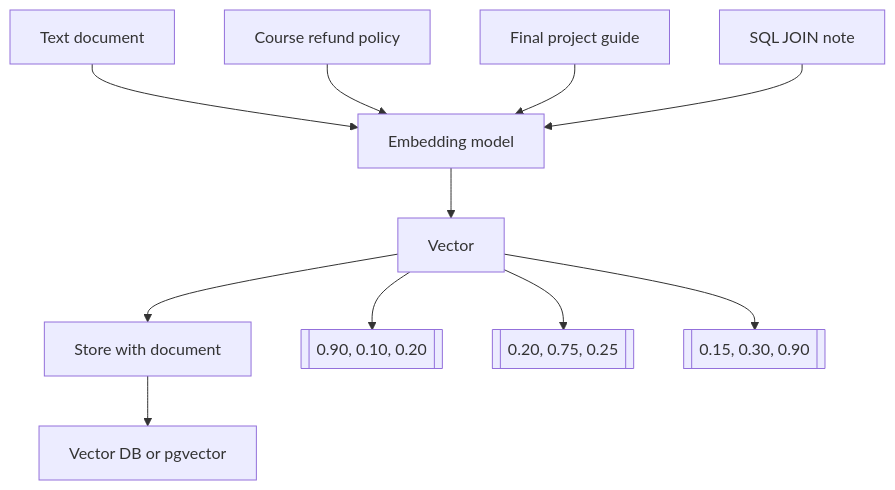
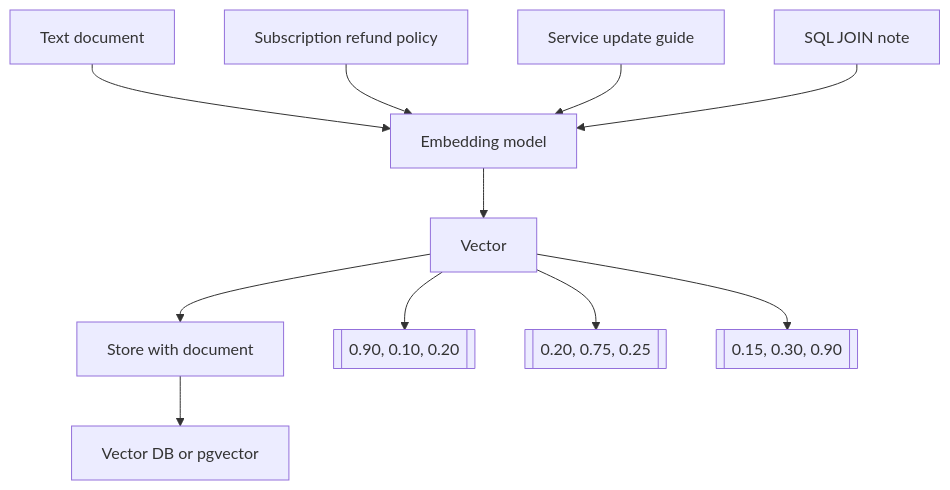
The diagram in images/chapter14/ch14_02_embedding_vector_conversion.mmd (GilbertMoon/ai-database-book), drawn with Mermaid before and after one commit. The commit also changed 82 other files, not shown here.

```diff
--- a/images/chapter14/ch14_02_embedding_vector_conversion.mmd
+++ b/images/chapter14/ch14_02_embedding_vector_conversion.mmd
@@ -1,14 +1,14 @@
 flowchart TB
     A[Text document] --> B[Embedding model]
     B --> C[Vector]
     C --> D[Store with document]
 
-    A1[Course refund policy] --> B
-    A2[Final project guide] --> B
+    A1[Subscription refund policy] --> B
+    A2[Service update guide] --> B
     A3[SQL JOIN note] --> B
 
     C --> C1[[0.90, 0.10, 0.20]]
     C --> C2[[0.20, 0.75, 0.25]]
     C --> C3[[0.15, 0.30, 0.90]]
 
     D --> E[Vector DB or pgvector]
```
